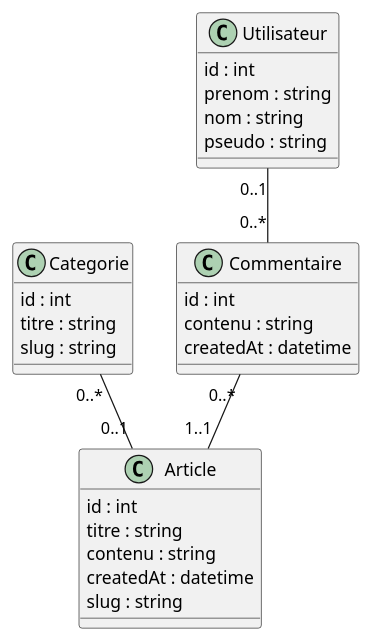
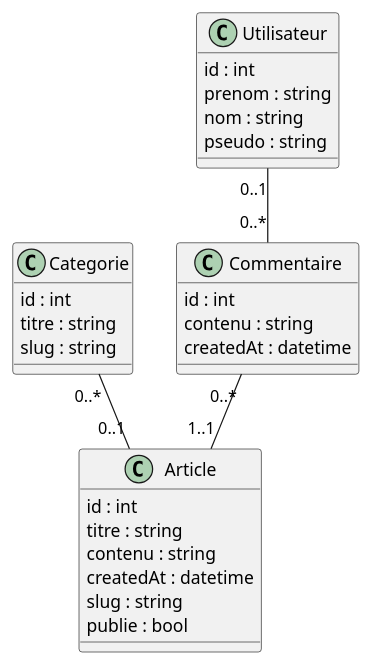
Before and after one commit to DryderXY/blog: the diagram in documentation/diagrammeDeClasse.puml, drawn with PlantUML. The commit also changed 8 other files, not shown here.

```diff
--- a/documentation/diagrammeDeClasse.puml
+++ b/documentation/diagrammeDeClasse.puml
@@ -1,36 +1,37 @@
 @startuml
 
 class Categorie {
     id : int
     titre : string
     slug : string
 }
 
 class Article {
     id : int
     titre : string
     contenu : string
     createdAt : datetime
     slug : string
+    publie : bool
 }
 
 class Commentaire {
     id : int
     contenu : string
     createdAt : datetime
 }
 
 class Utilisateur {
     id : int
     prenom : string
     nom : string
     pseudo : string
 }
 
 
 Categorie "0..*" -- "0..1" Article
 Commentaire "0..*" -- "1..1" Article
 Utilisateur "0..1" -- "0..*" Commentaire
 
 
 @enduml
```
